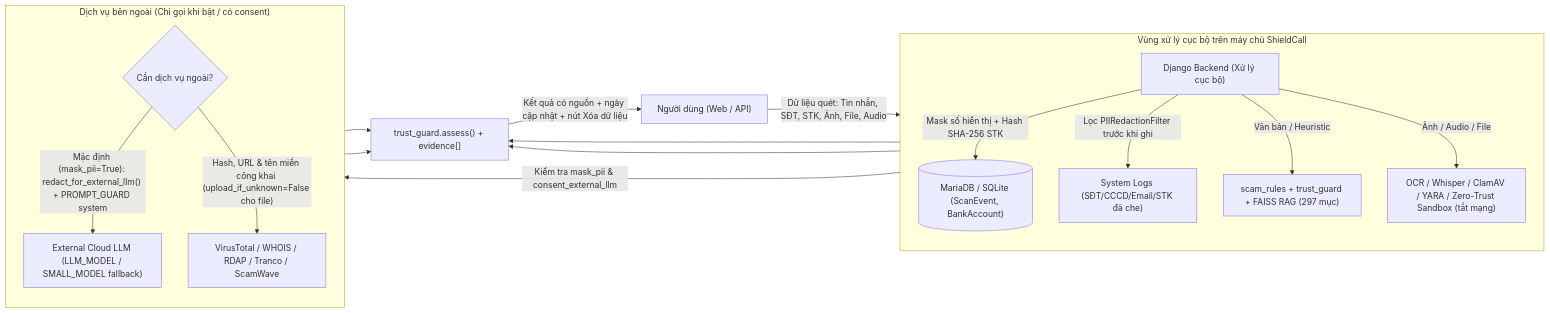
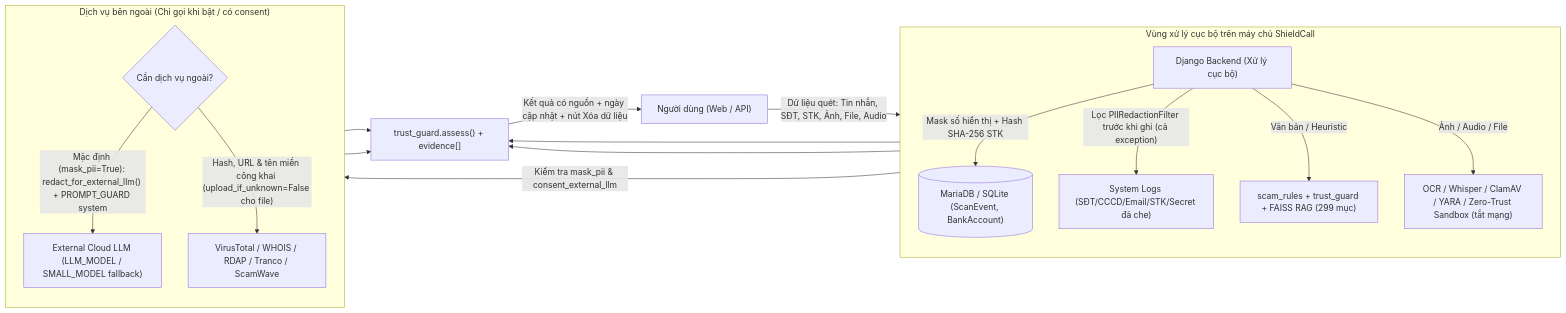
One commit to KienPC1234/Sentinel_Team_Project changed the diagram in docs/BAO_CAO_CAI_TIEN_CHUNG_KET.md. Above: the diagram before and after it, drawn with Mermaid. The commit also changed other lines of this file and 14 other files, not shown here.

````diff
--- a/docs/BAO_CAO_CAI_TIEN_CHUNG_KET.md
+++ b/docs/BAO_CAO_CAI_TIEN_CHUNG_KET.md
@@ -132,26 +175,26 @@
 ```mermaid
 flowchart LR
     U["Người dùng (Web / API)"] -->|"Dữ liệu quét: Tin nhắn, SĐT, STK, Ảnh, File, Audio"| API["Django Backend (Xử lý cục bộ)"]
 
     subgraph LOCAL ["Vùng xử lý cục bộ trên máy chủ ShieldCall"]
         direction TB
         API -->|"Mask số hiển thị + Hash SHA-256 STK"| DB[("MariaDB / SQLite (ScanEvent, BankAccount)")]
-        API -->|"Lọc PIIRedactionFilter trước khi ghi"| LOG["System Logs (SĐT/CCCD/Email/STK đã che)"]
-        API -->|"Văn bản / Heuristic"| RULES["scam_rules + trust_guard + FAISS RAG (297 mục)"]
+        API -->|"Lọc PIIRedactionFilter trước khi ghi (cả exception)"| LOG["System Logs (SĐT/CCCD/Email/STK/Secret đã che)"]
+        API -->|"Văn bản / Heuristic"| RULES["scam_rules + trust_guard + FAISS RAG (299 mục)"]
         API -->|"Ảnh / Audio / File"| ISOLATED["OCR / Whisper / ClamAV / YARA / Zero-Trust Sandbox (tắt mạng)"]
     end
 
     API -->|"Kiểm tra mask_pii & consent_external_llm"| GATE{"Cần dịch vụ ngoài?"}
 
     subgraph EXT ["Dịch vụ bên ngoài (Chỉ gọi khi bật / có consent)"]
         direction TB
         GATE -->|"Mặc định (mask_pii=True): redact_for_external_llm() + PROMPT_GUARD system"| CLOUD_LLM["External Cloud LLM (LLM_MODEL / SMALL_MODEL fallback)"]
         GATE -->|"Hash, URL & tên miền công khai (upload_if_unknown=False cho file)"| VT["VirusTotal / WHOIS / RDAP / Tranco / ScamWave"]
     end
 
     RULES --> GUARD["trust_guard.assess() + evidence[]"]
     ISOLATED --> GUARD
     CLOUD_LLM --> GUARD
     VT --> GUARD
     GUARD -->|"Kết quả có nguồn + ngày cập nhật + nút Xóa dữ liệu"| U
 ```
````
